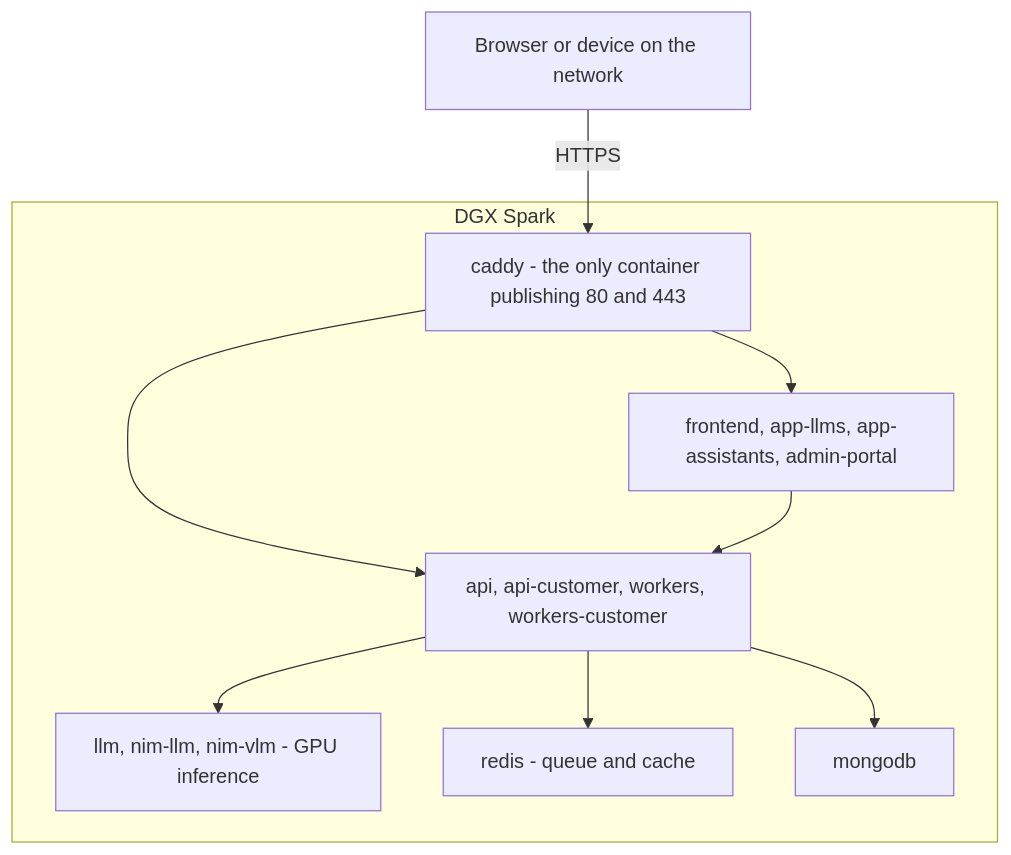
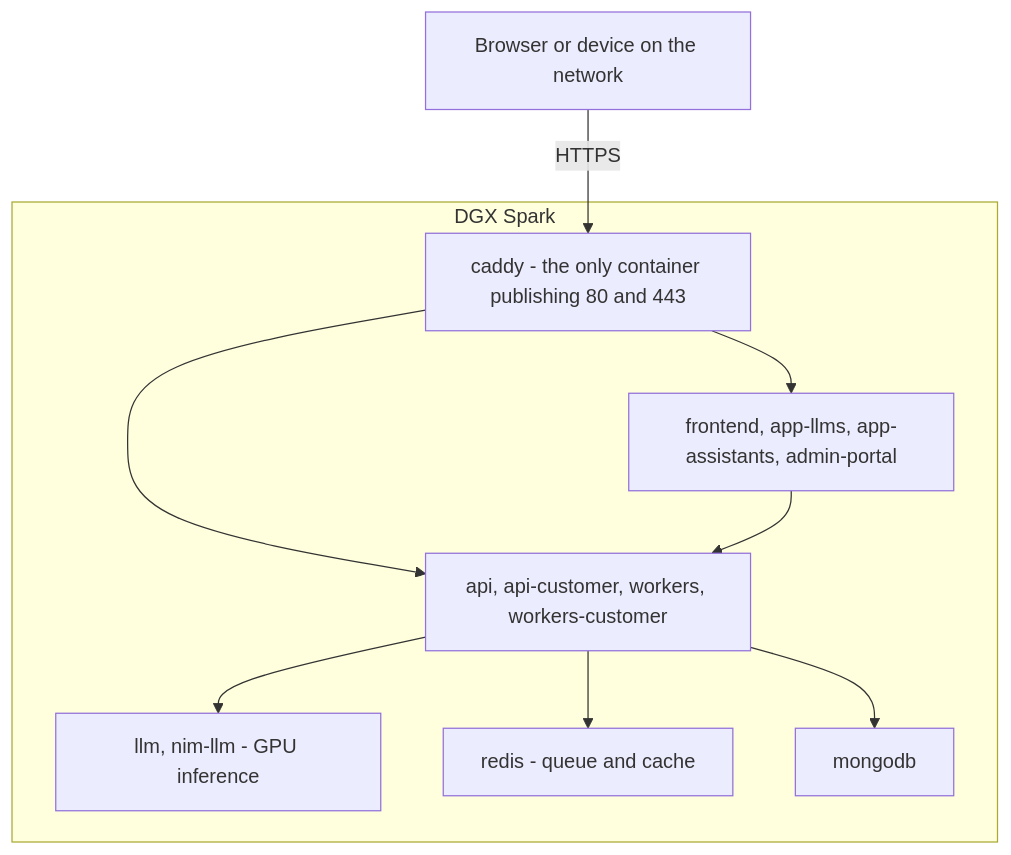
Before and after one commit to understand-tech/ai-in-a-box: the first of 2 diagrams in docs/architecture.md, drawn with Mermaid. The commit also changed other lines of this file and 8 other files, not shown here.

First line of the commit message:
Read images with the chat model and drop nim-vlm

````diff
--- a/docs/architecture.md
+++ b/docs/architecture.md
@@ -18,19 +18,19 @@
 ```mermaid
 flowchart TB
     BROWSER["Browser or device on the network"]
     subgraph BOX["DGX Spark"]
         CADDY["caddy - the only container publishing 80 and 443"]
         SURFACES["frontend, app-llms, app-assistants, admin-portal"]
         APPS["api, api-customer, workers, workers-customer"]
-        INFER["llm, nim-llm, nim-vlm - GPU inference"]
+        INFER["llm, nim-llm - GPU inference"]
         REDIS["redis - queue and cache"]
         MONGO["mongodb"]
     end
     BROWSER -->|HTTPS| CADDY
     CADDY --> SURFACES
     CADDY --> APPS
     SURFACES --> APPS
     APPS --> INFER
     APPS --> REDIS
     APPS --> MONGO
 ```
````
